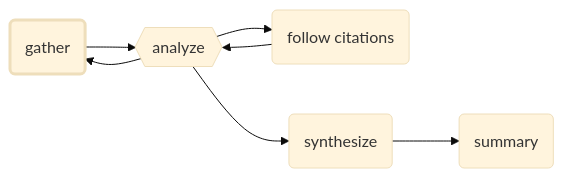
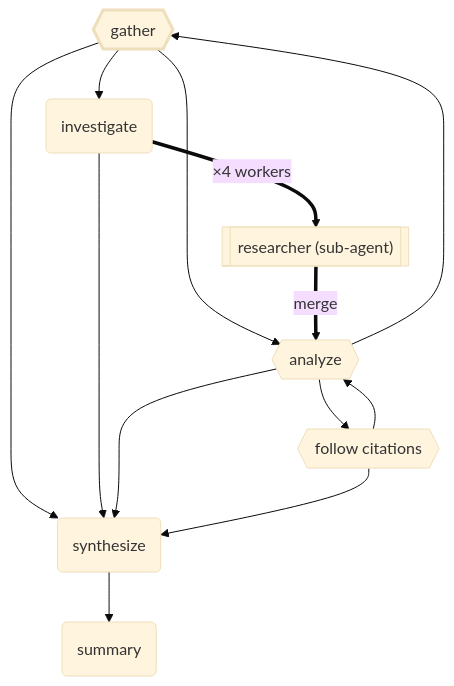
Before and after one commit to GEMISIS/leviath: the diagram in docs/assets/agents/src/deep-researcher.mmd, drawn with Mermaid (base theme). The commit also changed 52 other files, not shown here.

```diff
--- a/docs/assets/agents/src/deep-researcher.mmd
+++ b/docs/assets/agents/src/deep-researcher.mmd
@@ -1,14 +1,22 @@
-flowchart LR
-    gather(gather)
+flowchart TD
+    gather{{gather}}
+    investigate(investigate)
     analyze{{analyze}}
-    follow_citations(follow citations)
+    follow_citations{{follow citations}}
     synthesize(synthesize)
     summary(summary)
+    investigate_workers[["researcher (sub-agent)"]]
+    gather --> investigate
     gather --> analyze
+    gather --> synthesize
+    investigate ==>|×4 workers| investigate_workers
+    investigate_workers ==>|merge| analyze
+    investigate --> synthesize
     analyze --> gather
     analyze --> follow_citations
     analyze --> synthesize
     follow_citations --> analyze
+    follow_citations --> synthesize
     synthesize --> summary
     classDef entry stroke-width:3px
     class gather entry
```
